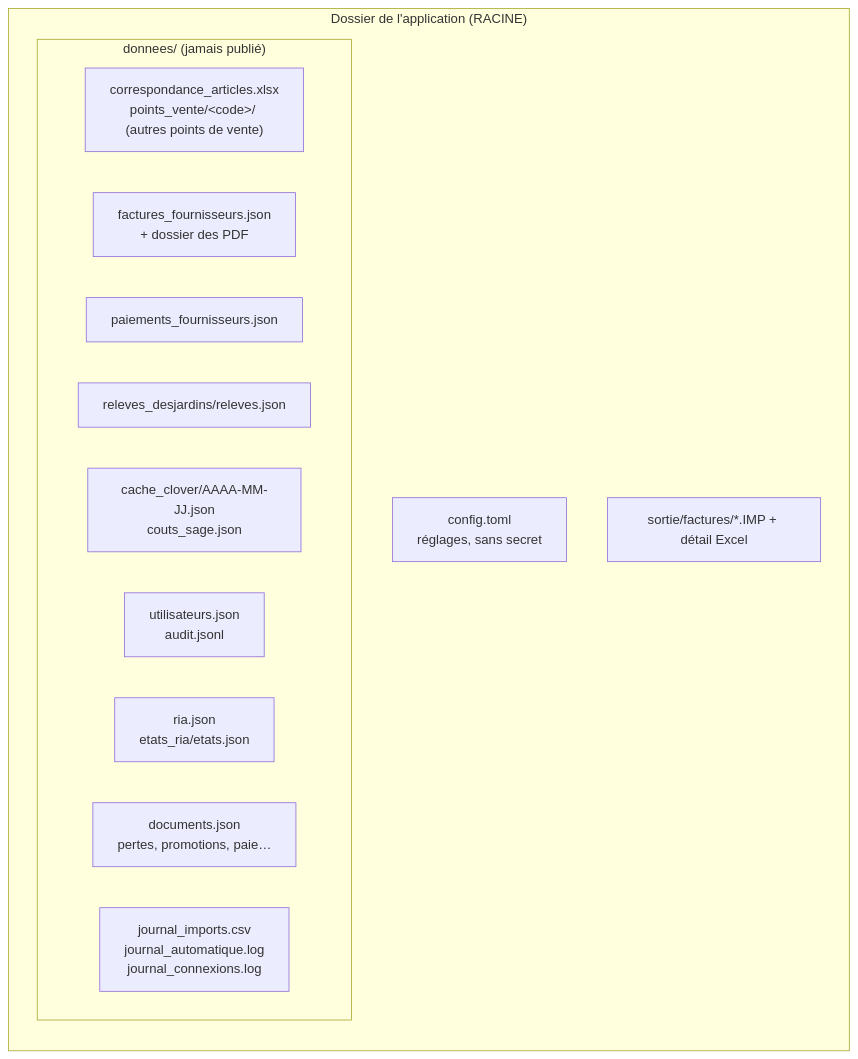
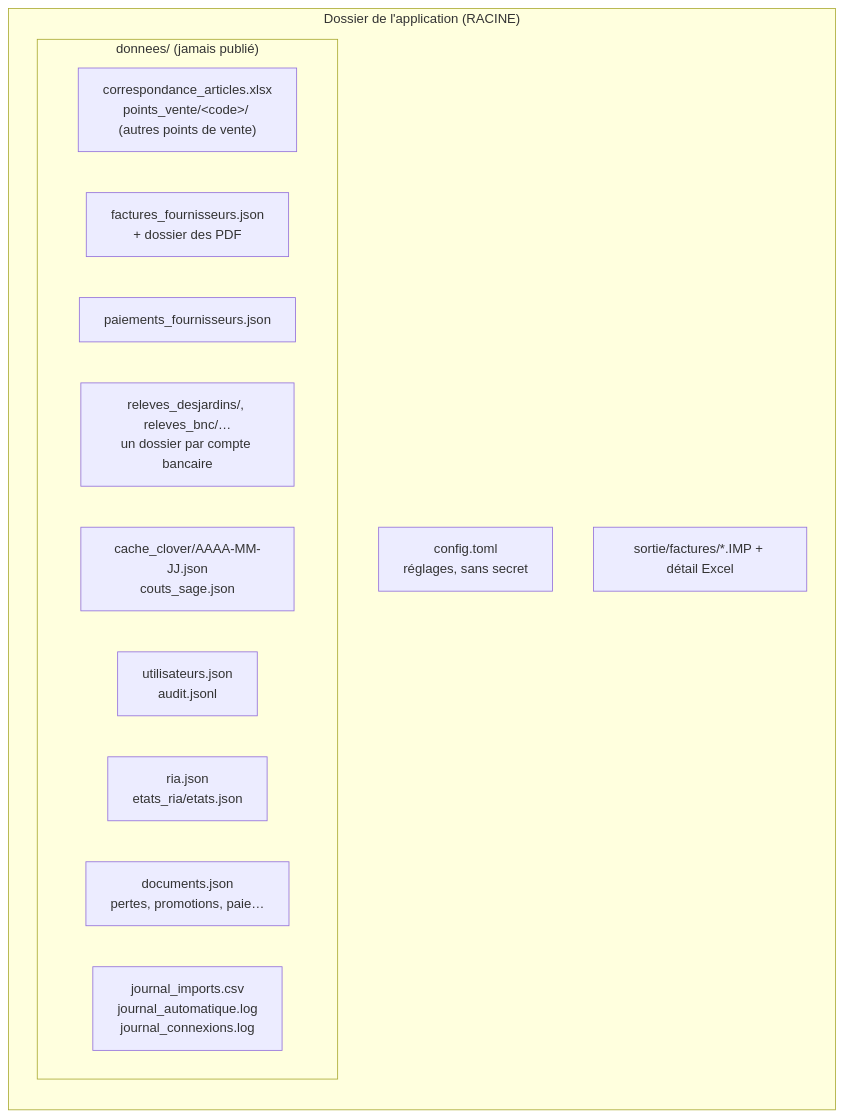
One commit to mteingueng-dot/MVOGMBI_Sync_2026.1 changed the third of 21 diagrams in ARCHITECTURE.md. Above: the diagram before and after it, drawn with Mermaid. The commit also changed other lines of this file and 34 other files, not shown here.

````diff
--- a/ARCHITECTURE.md
+++ b/ARCHITECTURE.md
@@ -200,18 +205,18 @@
 ```mermaid
 flowchart LR
     subgraph Racine["Dossier de l'application (RACINE)"]
         CFG["config.toml<br/>réglages, sans secret"]
         subgraph donnees["donnees/ (jamais publié)"]
             CORR["correspondance_articles.xlsx<br/>points_vente/&lt;code&gt;/ (autres points de vente)"]
             REGF["factures_fournisseurs.json<br/>+ dossier des PDF"]
             REGP["paiements_fournisseurs.json"]
-            REL["releves_desjardins/releves.json"]
+            REL["releves_desjardins/, releves_bnc/…<br/>un dossier par compte bancaire"]
             CACHE["cache_clover/AAAA-MM-JJ.json<br/>couts_sage.json"]
             USR["utilisateurs.json<br/>audit.jsonl"]
             RIA["ria.json<br/>etats_ria/etats.json"]
             DOCS["documents.json<br/>pertes, promotions, paie…"]
             JRN["journal_imports.csv<br/>journal_automatique.log<br/>journal_connexions.log"]
         end
         SORT["sortie/factures/*.IMP + détail Excel"]
     end
 ```
````
